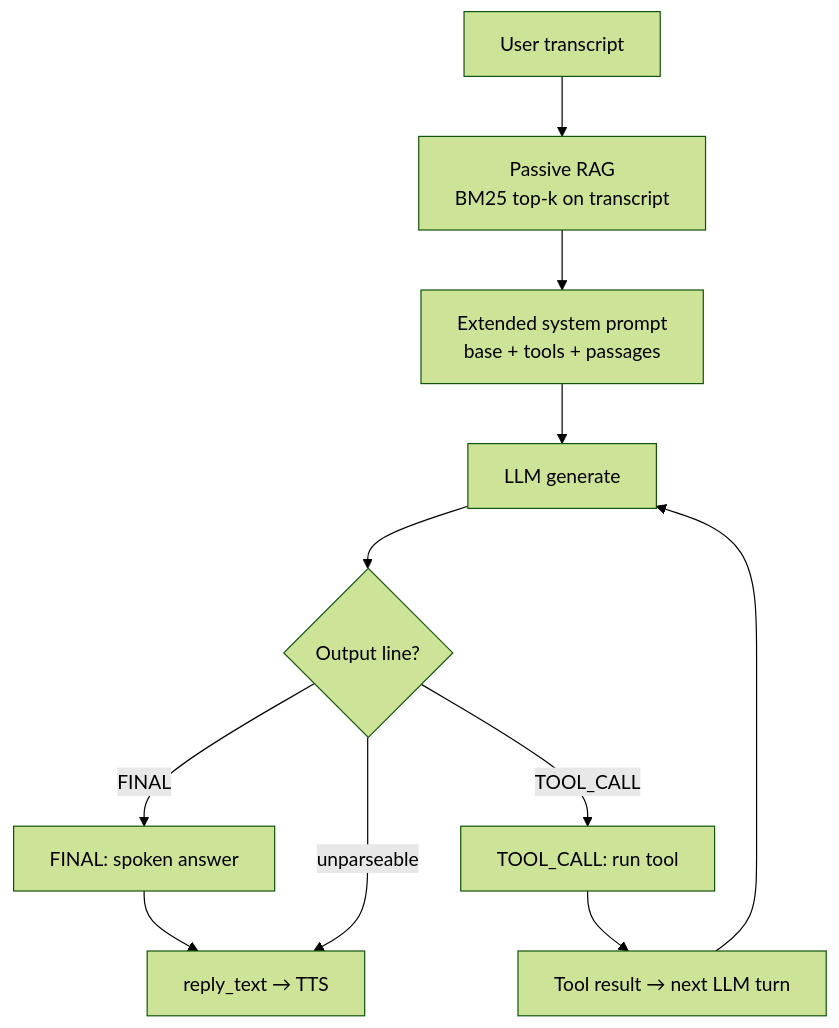
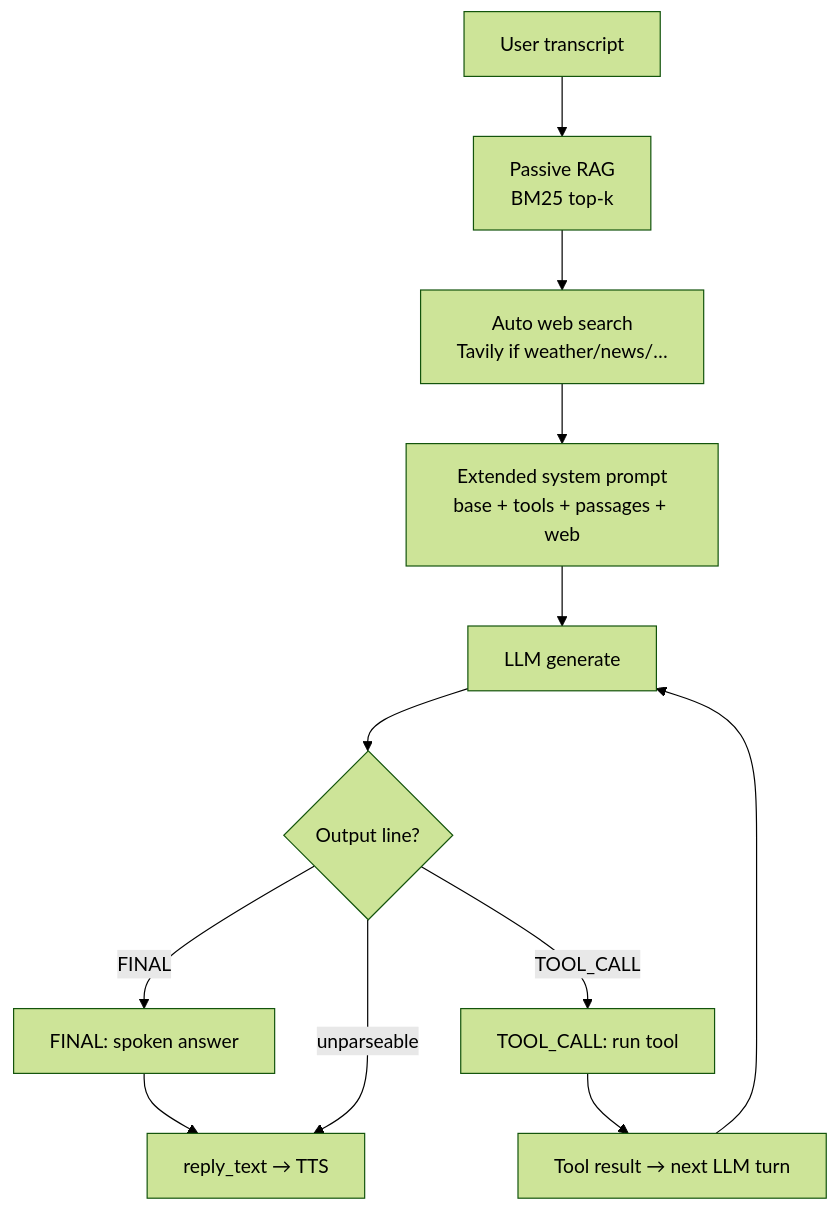
Before and after one commit to linjiahu-imachines/full_stack_ai_pipelines: the fifth of 5 diagrams in speech_ai_exp/docs/SERVER_AND_PROJECT1_ARCHITECTURE.md, drawn with Mermaid (forest theme). The commit also changed other lines of this file and 30 other files, not shown here.

````diff
--- a/speech_ai_exp/docs/SERVER_AND_PROJECT1_ARCHITECTURE.md
+++ b/speech_ai_exp/docs/SERVER_AND_PROJECT1_ARCHITECTURE.md
@@ -444,17 +527,18 @@
 ```mermaid
 flowchart TB
   t["User transcript"]
-  r["Passive RAG\nBM25 top-k on transcript"]
-  p["Extended system prompt\nbase + tools + passages"]
+  r["Passive RAG\nBM25 top-k"]
+  aw["Auto web search\nTavily if weather/news/…"]
+  p["Extended system prompt\nbase + tools + passages + web"]
   l["LLM generate"]
   tc{"Output line?"}
   fin["FINAL: spoken answer"]
   tool["TOOL_CALL: run tool"]
   tr["Tool result → next LLM turn"]
   out["reply_text → TTS"]
 
-  t --> r --> p --> l --> tc
+  t --> r --> aw --> p --> l --> tc
   tc -->|FINAL| fin --> out
   tc -->|TOOL_CALL| tool --> tr --> l
   tc -->|unparseable| out
 ```
````
